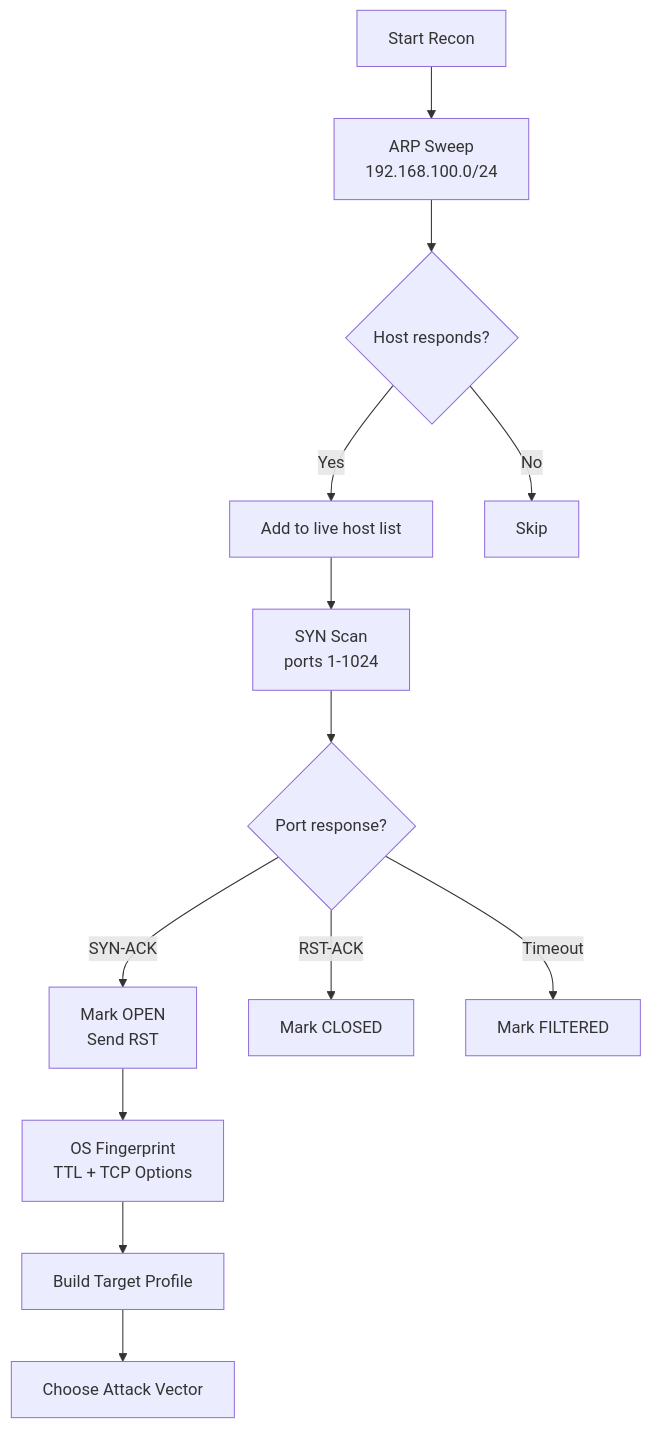
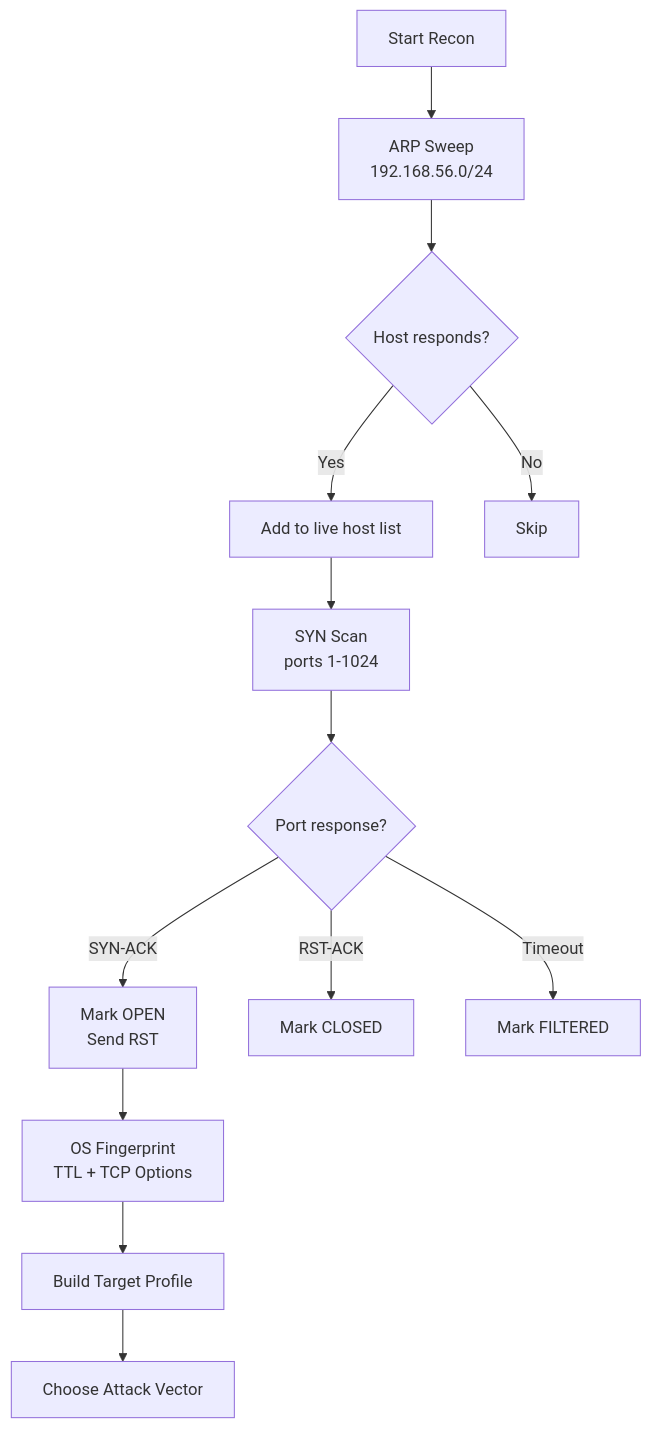
The first of 6 diagrams in reference_guide.md (chicolinux/dc34_workshop), drawn with Mermaid before and after one commit. The commit also changed other lines of this file and 41 other files, not shown here.

````diff
--- a/reference_guide.md
+++ b/reference_guide.md
@@ -811,15 +812,15 @@
 ```mermaid
 flowchart TD
-    A[Start Recon] --> B[ARP Sweep\n192.168.100.0/24]
+    A[Start Recon] --> B[ARP Sweep\n192.168.56.0/24]
     B --> C{Host responds?}
     C -- Yes --> D[Add to live host list]
     C -- No --> E[Skip]
     D --> F[SYN Scan\nports 1-1024]
     F --> G{Port response?}
     G -- SYN-ACK --> H[Mark OPEN\nSend RST]
     G -- RST-ACK --> I[Mark CLOSED]
     G -- Timeout --> J[Mark FILTERED]
     H --> K[OS Fingerprint\nTTL + TCP Options]
     K --> L[Build Target Profile]
     L --> M[Choose Attack Vector]
 ```
````
